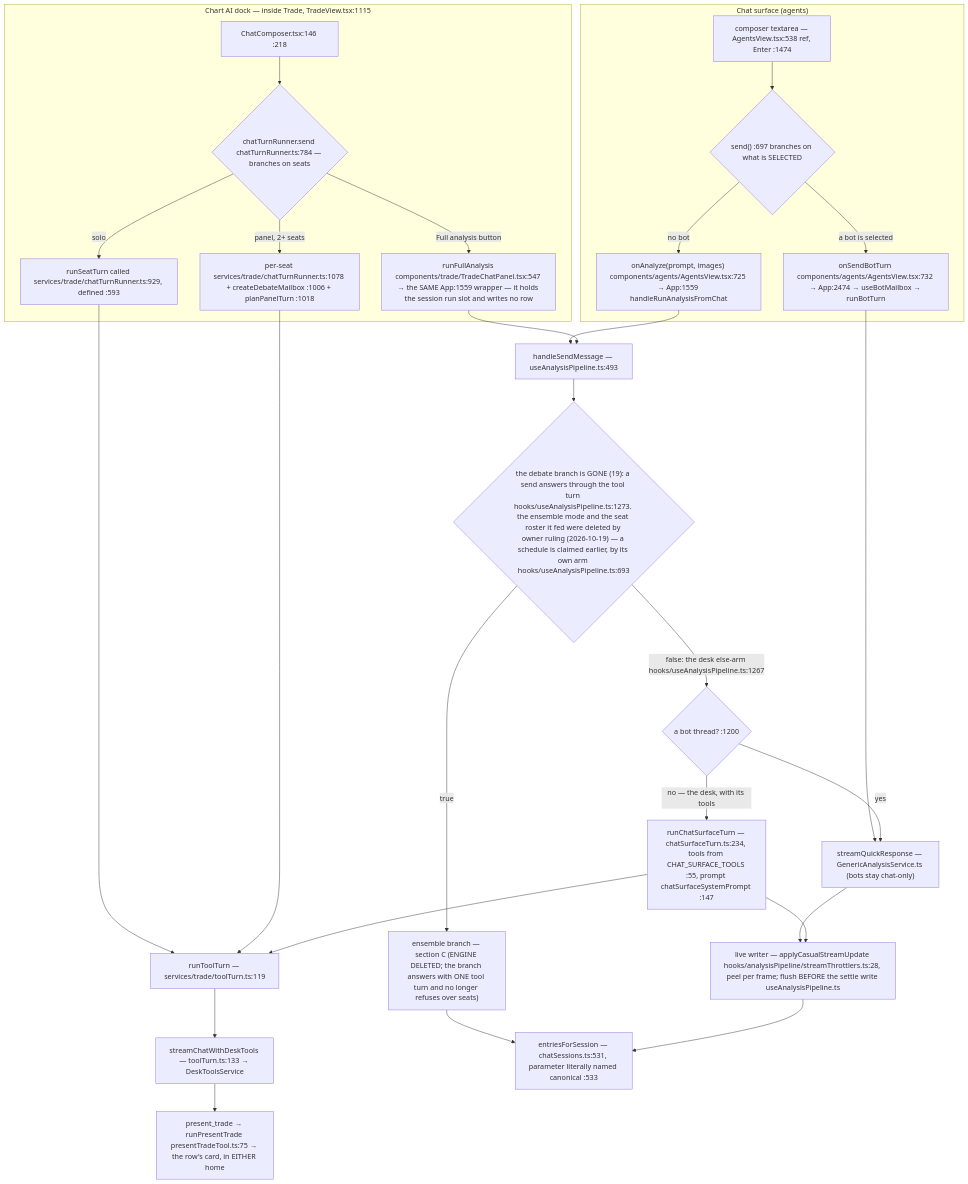
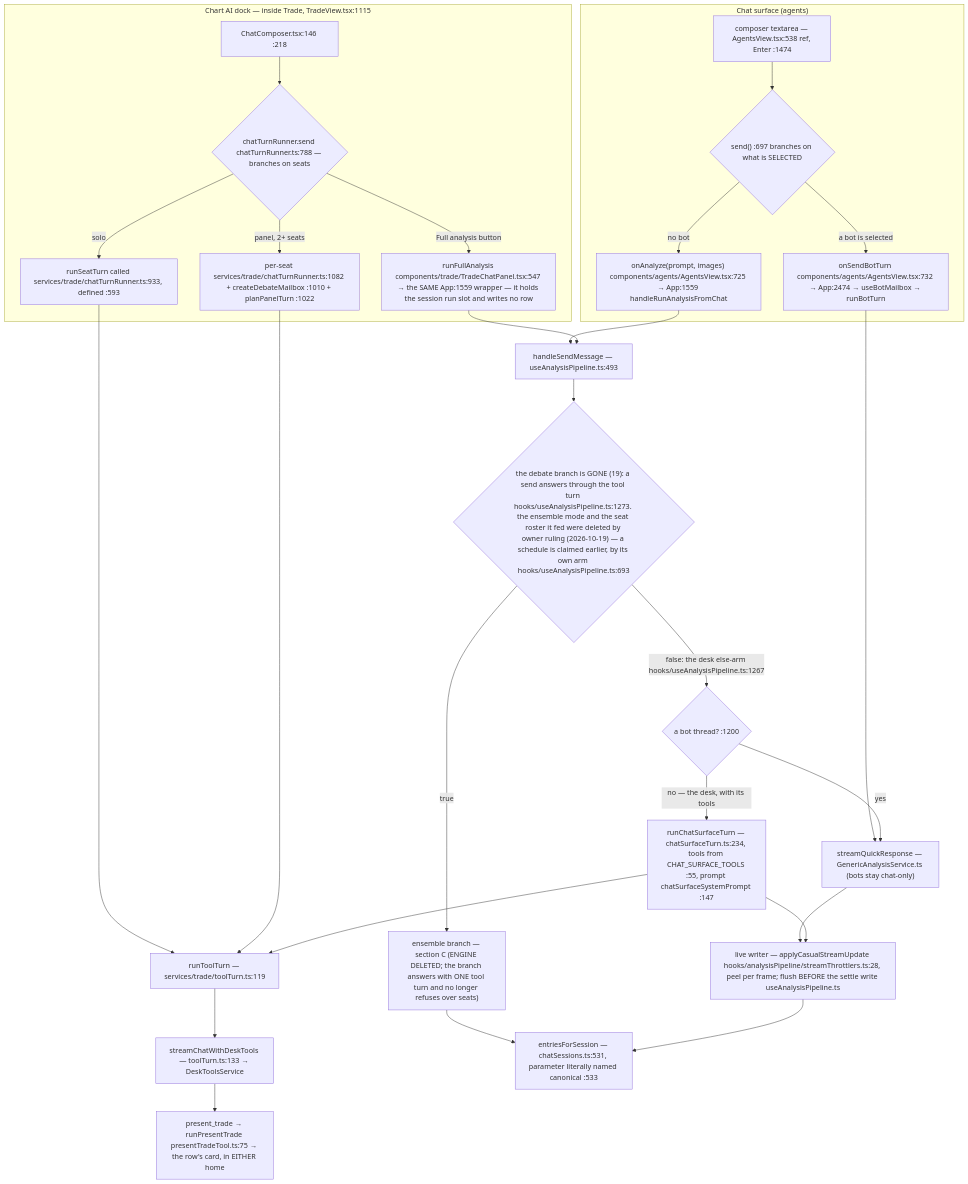
One commit to Acepay25/august-3.5 changed the second of 7 diagrams in docs/app-flow.md. Above: the diagram before and after it, drawn with Mermaid. The commit also changed other lines of this file and 64 other files, not shown here.

````diff
--- a/docs/app-flow.md
+++ b/docs/app-flow.md
@@ -61,31 +61,31 @@
 ```mermaid
 flowchart TD
     subgraph CHAT["Chat surface (agents)"]
         CB["composer textarea — AgentsView.tsx:538 ref, Enter :1474"] --> D1{"send() :697 branches on what is SELECTED"}
         D1 -->|a bot is selected| BOT["onSendBotTurn components/agents/AgentsView.tsx:732 → App:2474 → useBotMailbox → runBotTurn"]
         D1 -->|no bot| AN["onAnalyze(prompt, images) components/agents/AgentsView.tsx:725 → App:1559 handleRunAnalysisFromChat"]
     end
     subgraph DOCK["Chart AI dock — inside Trade, TradeView.tsx:1115"]
-        DC["ChatComposer.tsx:146 :218"] --> D2{"chatTurnRunner.send chatTurnRunner.ts:784 — branches on seats"}
-        D2 -->|solo| SO["runSeatTurn called services/trade/chatTurnRunner.ts:929, defined :593"]
-        D2 -->|panel, 2+ seats| PN["per-seat services/trade/chatTurnRunner.ts:1078 + createDebateMailbox :1006 + planPanelTurn :1018"]
+        DC["ChatComposer.tsx:146 :218"] --> D2{"chatTurnRunner.send chatTurnRunner.ts:788 — branches on seats"}
+        D2 -->|solo| SO["runSeatTurn called services/trade/chatTurnRunner.ts:933, defined :593"]
+        D2 -->|panel, 2+ seats| PN["per-seat services/trade/chatTurnRunner.ts:1082 + createDebateMailbox :1010 + planPanelTurn :1022"]
         D2 -->|Full analysis button| FA["runFullAnalysis components/trade/TradeChatPanel.tsx:547 → the SAME App:1559 wrapper — it holds the session run slot and writes no row"]
     end
     SO --> TT["runToolTurn — services/trade/toolTurn.ts:119"]
     PN --> TT
     TT --> SCDT["streamChatWithDeskTools — toolTurn.ts:133 → DeskToolsService"]
     BOT --> TR["streamQuickResponse — GenericAnalysisService.ts (bots stay chat-only)"]
     AN --> HSM["handleSendMessage — useAnalysisPipeline.ts:493"]
     FA --> HSM
     HSM --> D3{"the debate branch is GONE (19): a send answers through the tool turn hooks/useAnalysisPipeline.ts:1273. the ensemble mode and the seat roster it fed were deleted by owner ruling (2026-10-19) — a schedule is claimed earlier, by its own arm hooks/useAnalysisPipeline.ts:693"}
     D3 -->|true| ENS["ensemble branch — section C (ENGINE DELETED; the branch answers with ONE tool turn and no longer refuses over seats)"]
     D3 -->|false: the desk else-arm hooks/useAnalysisPipeline.ts:1267| SPLIT{"a bot thread? :1200"}
     SPLIT -->|yes| TR
     SPLIT -->|no — the desk, with its tools| CST["runChatSurfaceTurn — chatSurfaceTurn.ts:234, tools from CHAT_SURFACE_TOOLS :55, prompt chatSurfaceSystemPrompt :147"]
     CST --> TT
     TR --> LW["live writer — applyCasualStreamUpdate hooks/analysisPipeline/streamThrottlers.ts:28, peel per frame; flush BEFORE the settle write useAnalysisPipeline.ts"]
     CST --> LW
     ENS --> MERGE
     LW --> MERGE["entriesForSession — chatSessions.ts:531, parameter literally named canonical :533"]
     SCDT --> PT["present_trade → runPresentTrade presentTradeTool.ts:75 → the row's card, in EITHER home"]
 ```
````
